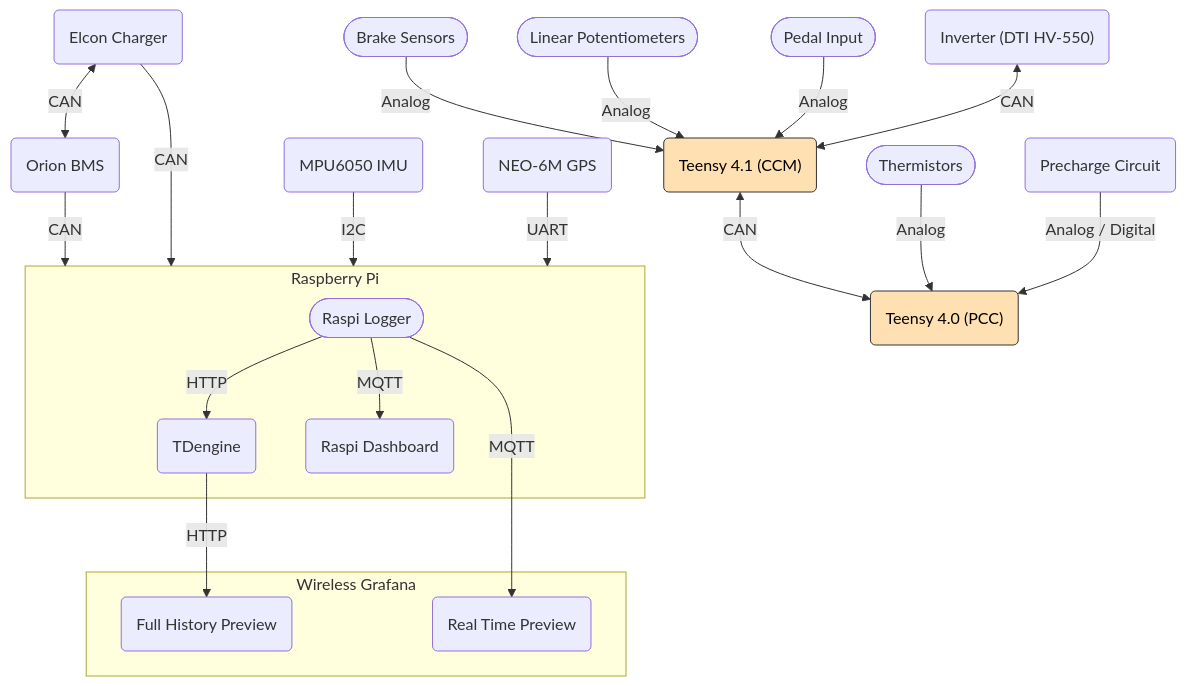
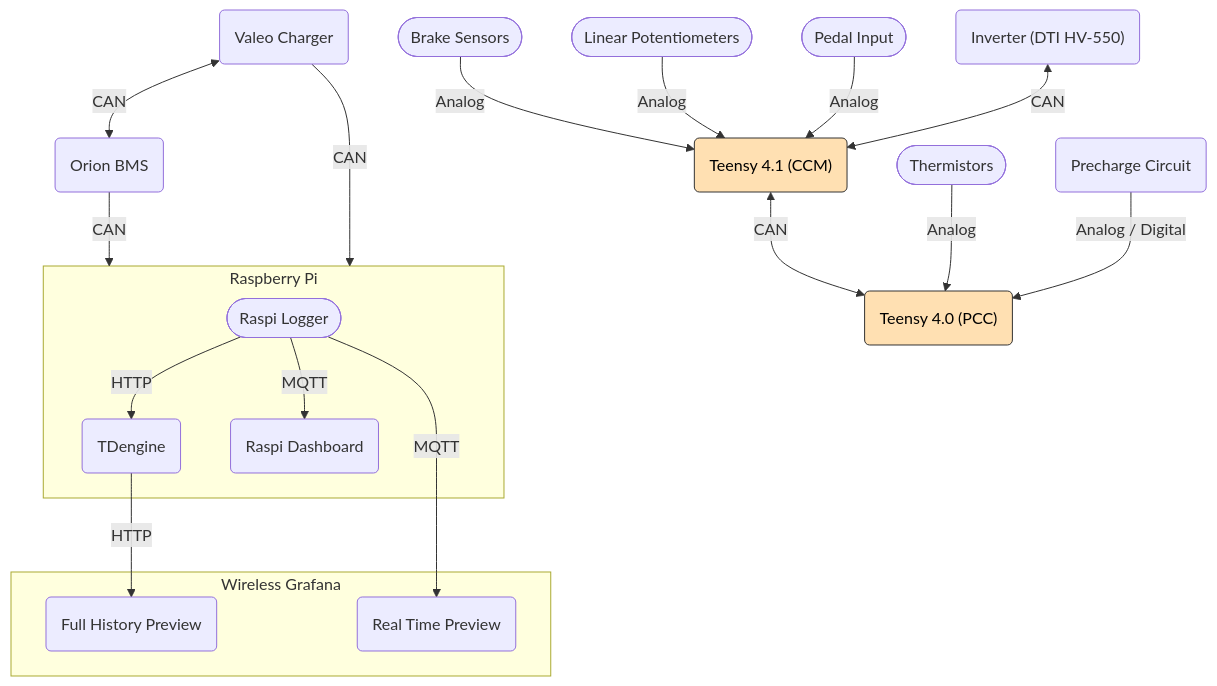
The diagram in README.md (EdRifter/embedded-mz-fork), drawn with Mermaid before and after one commit.

````diff
--- a/README.md
+++ b/README.md
@@ -3,31 +3,29 @@
 ```mermaid
 flowchart TD
     BMS(Orion BMS) -->|CAN| RASPI
-    IMS(Elcon Charger) <-->|CAN| BMS
-    IMS(Elcon Charger) -->|CAN| RASPI
-    IMU(MPU6050 IMU) -->|I2C| RASPI
-    GPS(NEO-6M GPS) -->|UART| RASPI
+    IMS(Valeo Charger) <-->|CAN| BMS
+    IMS(Valeo Charger) -->|CAN| RASPI
 
     B([Brake Sensors]) -->|Analog| TS-CCM
     L([Linear Potentiometers]) -->|Analog| TS-CCM
     PDL([Pedal Input]) -->|Analog| TS-CCM
     
     TS-CCM("Teensy 4.1 (CCM)") <--> |CAN| TS-PCC("Teensy 4.0 (PCC)")
     INV("Inverter (DTI HV-550)") <--> |CAN| TS-CCM
 
     style TS-CCM fill:#FFE0B2,stroke:#333,color:#000
     style TS-PCC fill:#FFE0B2,stroke:#333,color:#000
 
     TH([Thermistors]) --> |Analog| TS-PCC
 
     PCC(Precharge Circuit) --> |Analog / Digital| TS-PCC
     
     subgraph RASPI[Raspberry Pi]
         R(["Raspi Logger"]) -->|HTTP| I(TDengine)
         R -->|MQTT| D("Raspi Dashboard")
     end
     subgraph Graphana[Wireless Grafana]
         I -->|HTTP| F(Full History Preview)
         R -->|MQTT| P(Real Time Preview)
     end
 ```
````
